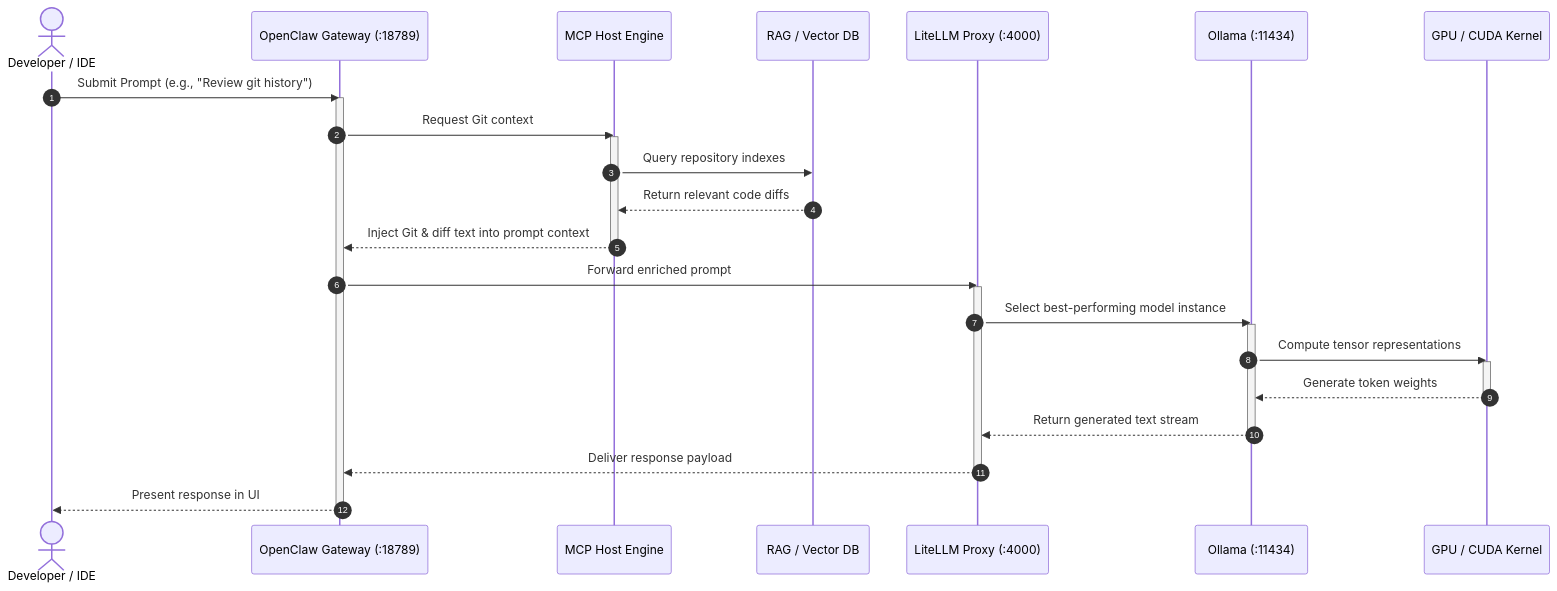
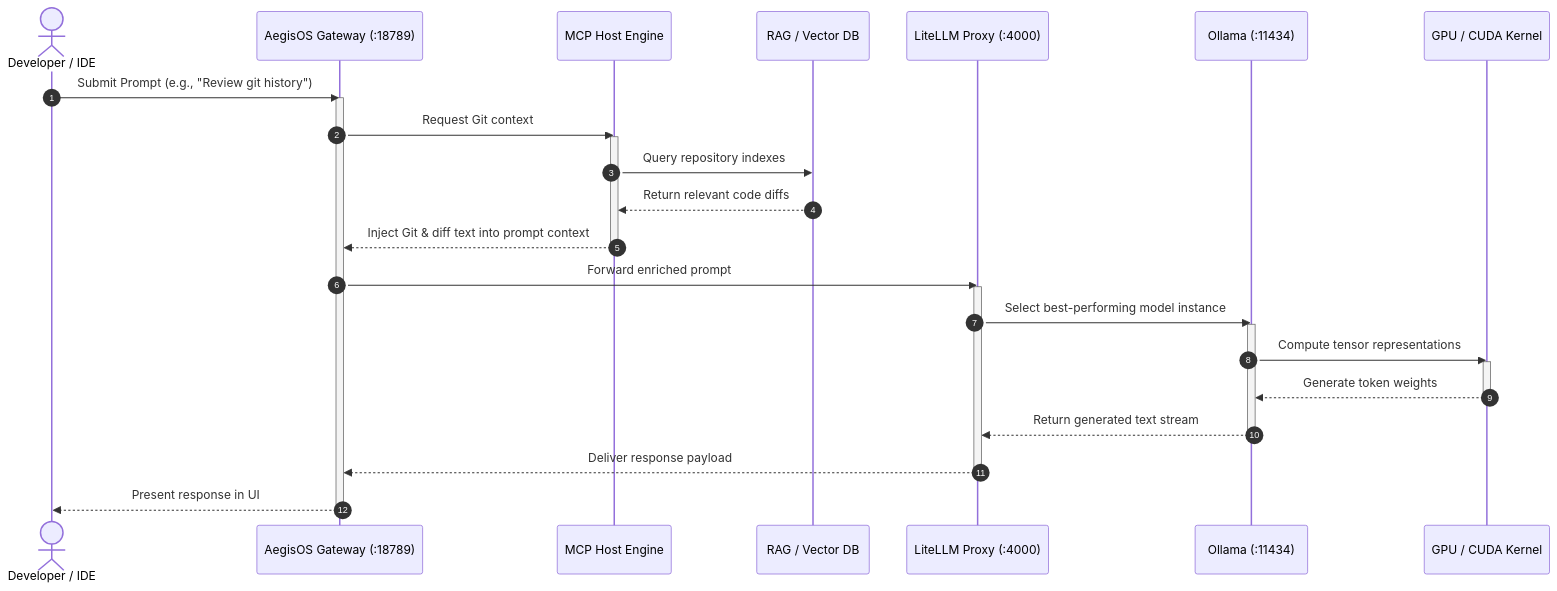
The third of 5 diagrams in docs/Architecture_Handbook.md (rjmad1/AegisOS), drawn with Mermaid before and after one commit. The commit also changed other lines of this file and 303 other files, not shown here.

Commit message:
refactor(branding): rename OpenClaw to AegisOS

````diff
--- a/docs/Architecture_Handbook.md
+++ b/docs/Architecture_Handbook.md
@@ -170,36 +170,36 @@
 ```mermaid
 sequenceDiagram
     autonumber
     actor User as Developer / IDE
-    participant Gateway as OpenClaw Gateway (:18789)
+    participant Gateway as AegisOS Gateway (:18789)
     participant MCP as MCP Host Engine
     participant RAG as RAG / Vector DB
     participant Router as LiteLLM Proxy (:4000)
     participant Engine as Ollama (:11434)
     participant GPU as GPU / CUDA Kernel
 
     User->>Gateway: Submit Prompt (e.g., "Review git history")
     activate Gateway
     Gateway->>MCP: Request Git context
     activate MCP
     MCP->>RAG: Query repository indexes
     RAG-->>MCP: Return relevant code diffs
     MCP-->>Gateway: Inject Git & diff text into prompt context
     deactivate MCP
     
     Gateway->>Router: Forward enriched prompt
     activate Router
     Router->>Engine: Select best-performing model instance
     activate Engine
     Engine->>GPU: Compute tensor representations
     activate GPU
     GPU-->>Engine: Generate token weights
     deactivate GPU
     Engine-->>Router: Return generated text stream
     deactivate Engine
     Router-->>Gateway: Deliver response payload
     deactivate Router
     
     Gateway-->>User: Present response in UI
     deactivate Gateway
 ```
````
